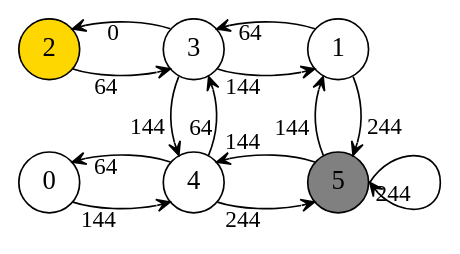
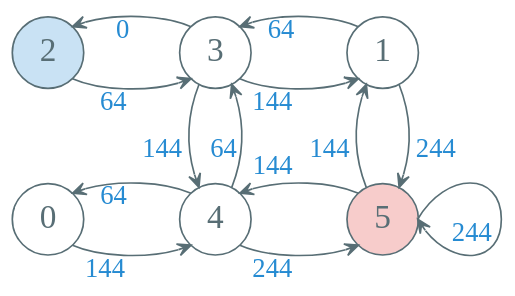
Before and after one commit to Avanti1980/presentation: the third of 13 diagrams in 190731-rl-intro/190731-rl-intro-notes.md, drawn with Graphviz. The commit also changed other lines of this file and 5 other files, not shown here.

````diff
--- a/190731-rl-intro/190731-rl-intro-notes.md
+++ b/190731-rl-intro/190731-rl-intro-notes.md
@@ -1032,25 +531,26 @@
 ```dot
 digraph g {
-  graph [ranksep=0.7 nodesep=0.6]
-  node [shape=circle fontsize=16 fontname="Source Sans Pro"]
-  edge [arrowhead=vee arrowsize=0.8]
-  rankdir=LR
+  graph [ranksep=0.8 nodesep=0.8]
+    node [shape=circle color="#586e75" fontcolor="#586e75" fontsize=20 fontname="EBG, fzlz"]
+    edge [arrowhead=vee color="#586e75" fontcolor="#268bd2" fontsize=16 arrowsize=0.8]
+    rankdir=LR
+    bgcolor="transparent"
 
   0 -> 4 [xlabel=144]
   4 -> 0 [xlabel=64]
 
   {1, 4} -> 5 [xlabel=244]
-  5:e -> 5:e [xlabel=244]
+  5:e -> 5:e [xlabel="    244"]
 
   {1, 2, 4} -> 3 [xlabel=64]
   {3,5} -> {1,4} [xlabel=144]
   3 -> 2 [xlabel=0]
 
-  5 [fillcolor=gray, style=filled]
-  2 [fillcolor=gold, style=filled]
+  5 [fillcolor="#dc322f3f", style=filled]
+  2 [fillcolor="#268bd23f", style=filled]
 
   {rank = same; 0; 2;}
   {rank = same; 3; 4;}
   {rank = same; 1; 5;}
 }
 ```
````
